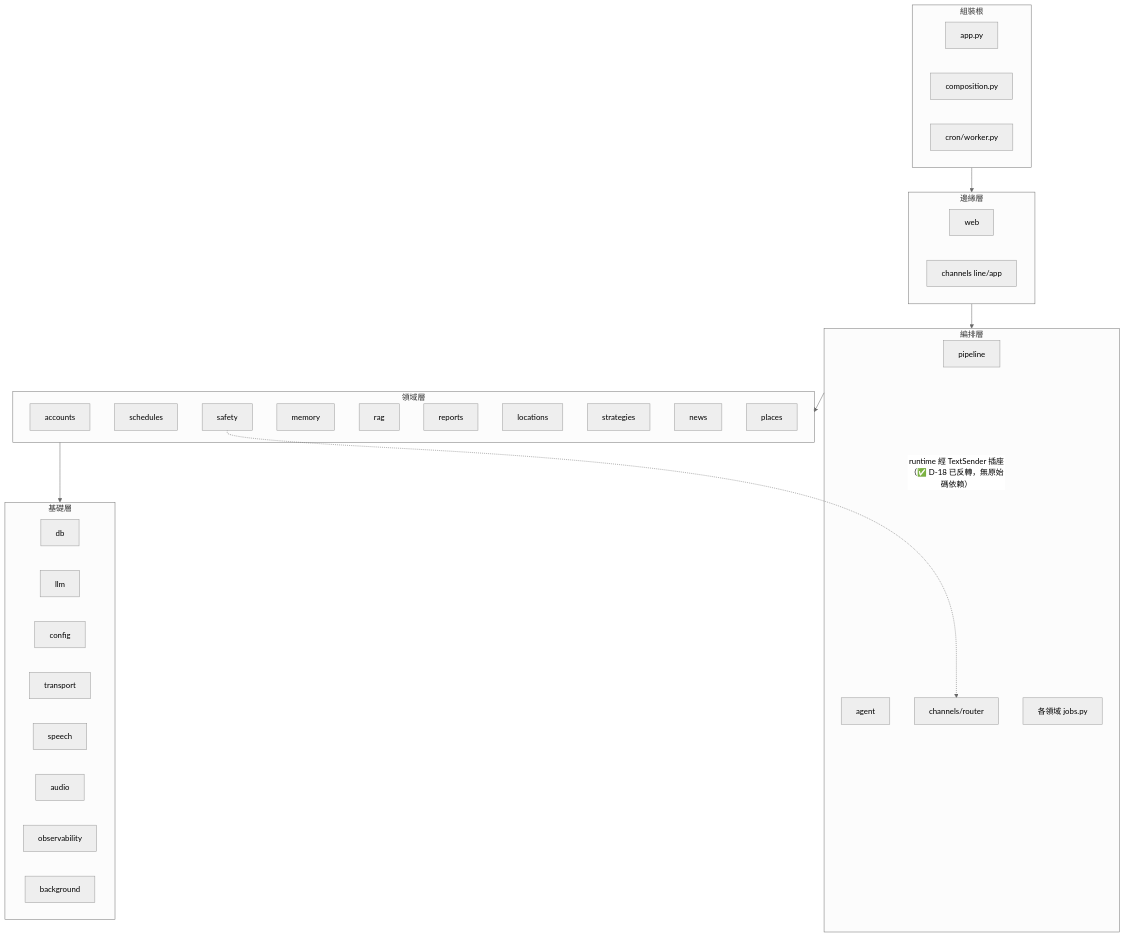
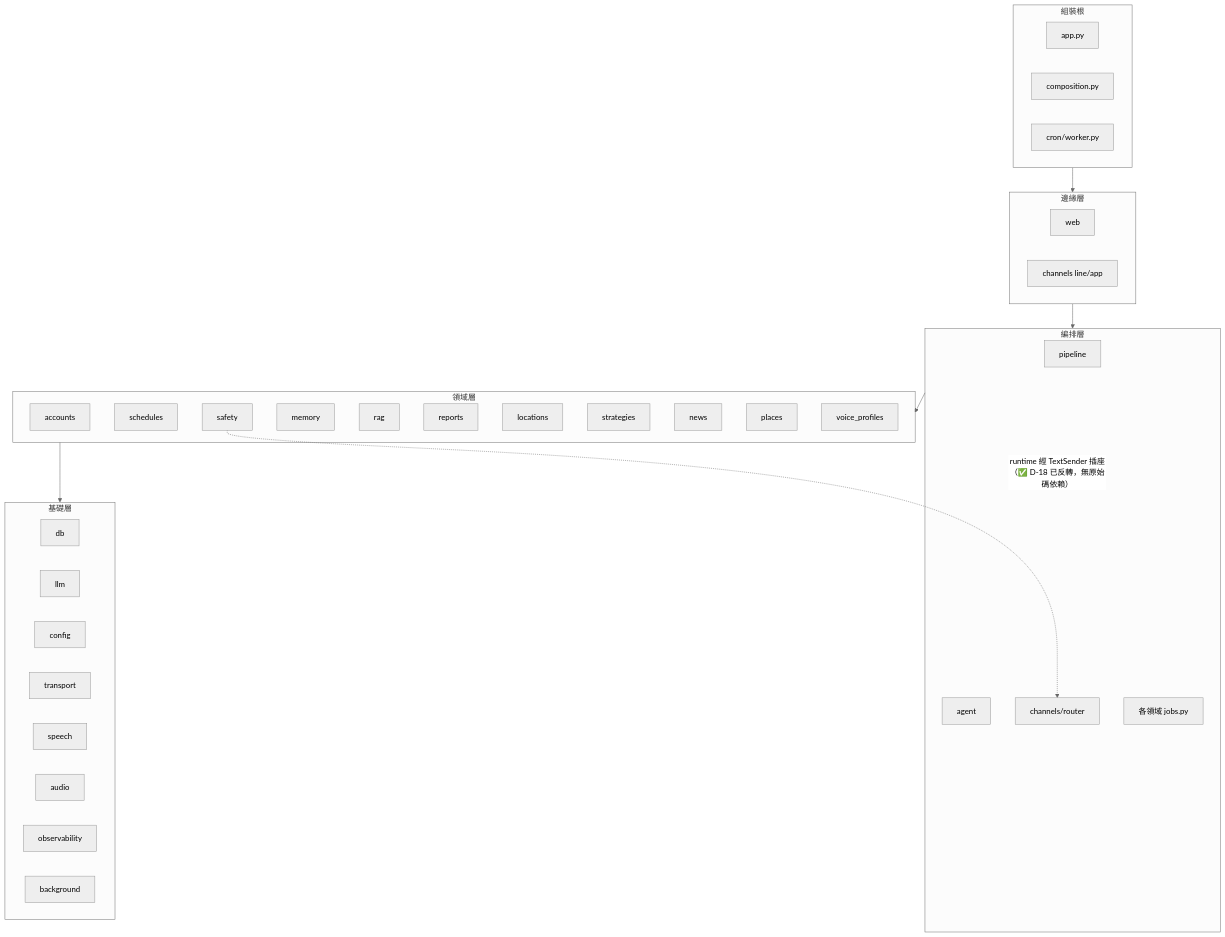
One commit to leo53021313/kinsun changed the diagram in docs/dev/09_模組依賴關係.md. Above: the diagram before and after it, drawn with Mermaid (neutral theme). The commit also changed other lines of this file and 5 other files, not shown here.

First line of the commit message:
docs: 重補聲音克隆 voice_profiles 於 docs/dev（合併上游時被覆蓋）

````diff
--- a/docs/dev/09_模組依賴關係.md
+++ b/docs/dev/09_模組依賴關係.md
@@ -20,20 +20,20 @@
 ```mermaid
 graph TD
     subgraph 組裝根
         APP[app.py] & COMP[composition.py] & WORKER[cron/worker.py]
     end
     subgraph 邊緣層
         WEB[web] & CH[channels line/app]
     end
     subgraph 編排層
         PIPE[pipeline] & AGENT[agent] & ROUTER[channels/router] & JOBS[各領域 jobs.py]
     end
     subgraph 領域層
-        ACC[accounts] & SCHED[schedules] & SAFE[safety] & MEM[memory] & RAG[rag] & REP[reports] & LOC[locations] & STRAT[strategies] & NEWS[news] & PLACES[places]
+        ACC[accounts] & SCHED[schedules] & SAFE[safety] & MEM[memory] & RAG[rag] & REP[reports] & LOC[locations] & STRAT[strategies] & NEWS[news] & PLACES[places] & VOICE[voice_profiles]
     end
     subgraph 基礎層
         DB[db] & LLM[llm] & CFG[config] & TR[transport] & SP[speech] & AU[audio] & OBS[observability] & BG[background]
     end
     組裝根 --> 邊緣層 --> 編排層 --> 領域層 --> 基礎層
     SAFE -. "runtime 經 TextSender 插座（✅ D-18 已反轉，無原始碼依賴）" .-> ROUTER
 ```
````
